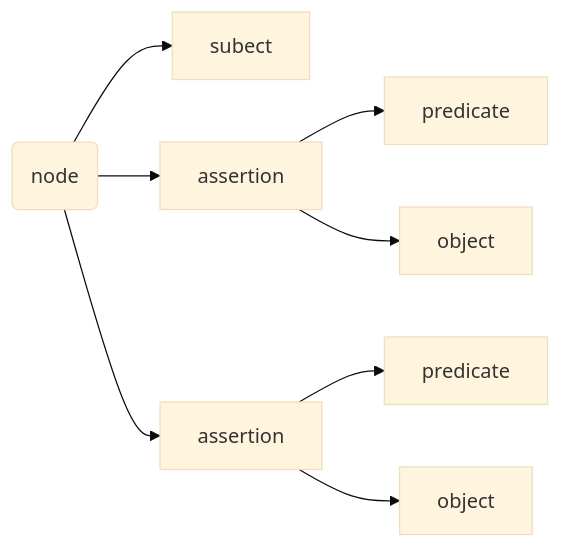
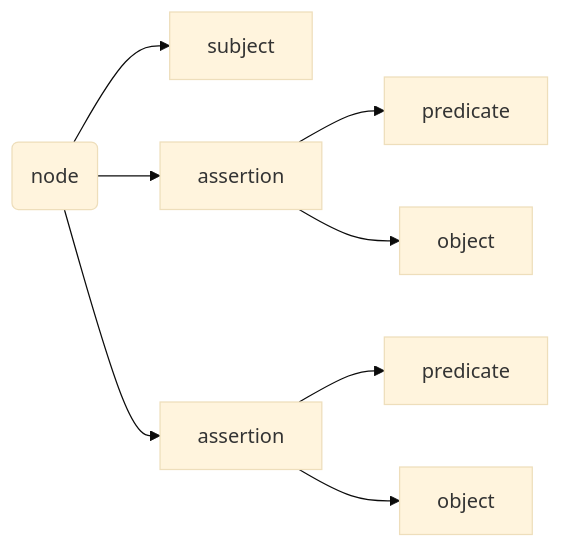
Before and after one commit to zingolabs/zmigrate: the first of 3 diagrams in docs/attachments.md, drawn with Mermaid (base theme). The commit also changed other lines of this file, not shown here.

````diff
--- a/docs/attachments.md
+++ b/docs/attachments.md
@@ -33,19 +33,19 @@
 ```mermaid
 graph LR
     1("node")
-    2["subect"]
+    2["subject"]
     3["assertion"]
     4["predicate"]
     5["object"]
     6["assertion"]
     7["predicate"]
     8["object"]
 
     1 --> 2
     1 --> 3
     3 --> 4
     3 --> 5
     1 --> 6
     6 --> 7
     6 --> 8
 ```
````
